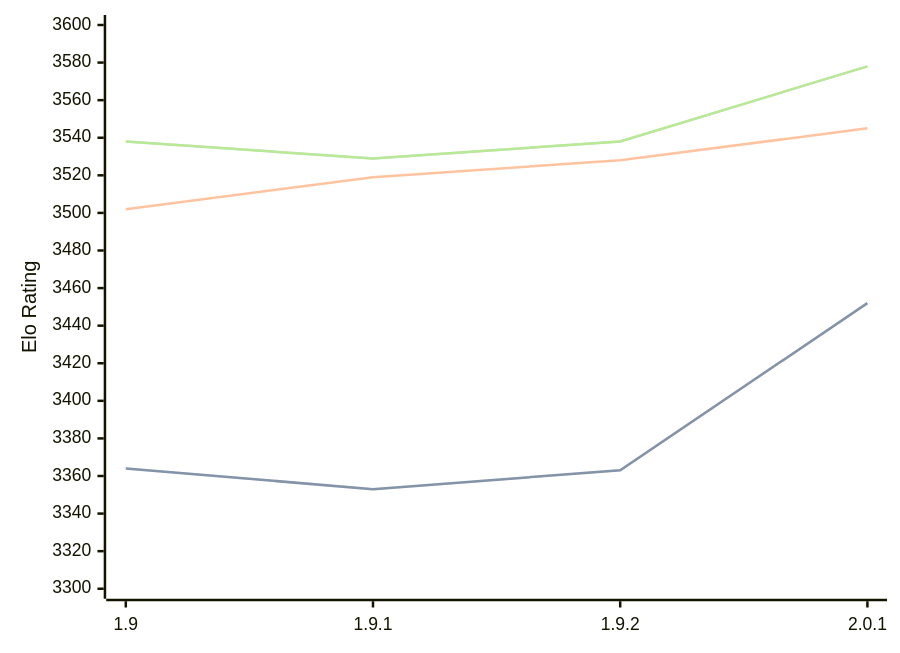
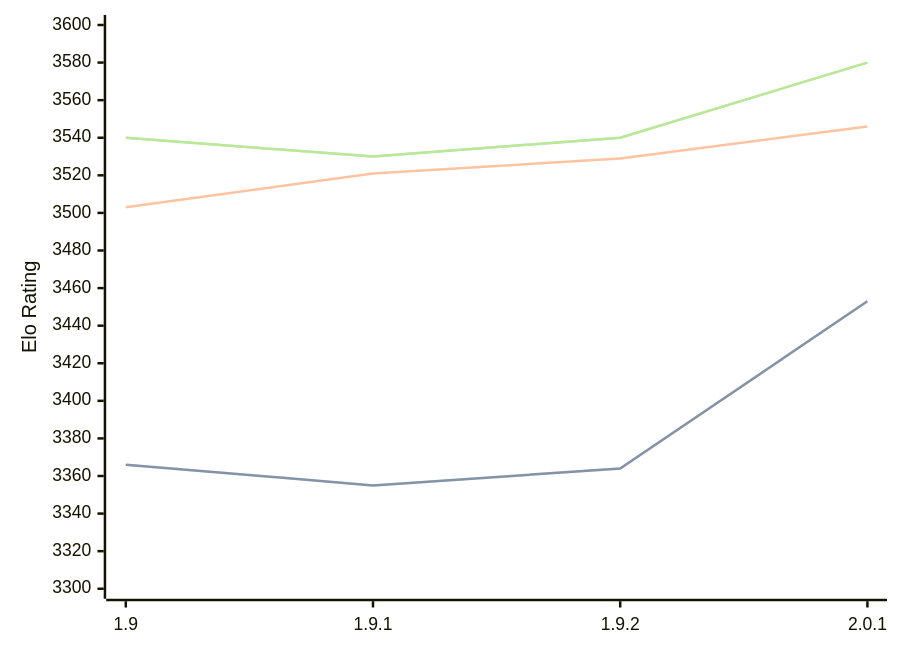
The diagram in engines/Pawnocchio.md (computer-chess-index/cci), drawn with Mermaid before and after one commit. The commit also changed other lines of this file, not shown here.

Commit message:
Update CCI Ratings (ELO VLTC) - 2026-08-15

````diff
--- a/engines/Pawnocchio.md
+++ b/engines/Pawnocchio.md
@@ -36,11 +36,11 @@
 ```mermaid
 %%{init: {"theme":"base","themeVariables":{"seriesColors:['#a3a3a3','#222221','#faa371']}}}%%
 xychart-beta
   x-axis ["1.9", "1.9.1", "1.9.2", "2.0.1"]
   y-axis "Elo Rating" 3300 --> 3600
-  line "STC (8.0+0.08s)" [3364, 3353, 3363, 3452]
-  line "STC (8.0+0.08s)" [3364, 3353, 3363, 3452]
-  line "LTC (60.0+0.60s)" [3502, 3519, 3528, 3545]
-  line "VLTC (2m24s+1.12s)" [3538, 3529, 3538, 3578]
-  line "VLTC (2m24s+1.12s)" [3538, 3529, 3538, 3578]
+  line "STC (8.0+0.08s)" [3366, 3355, 3364, 3453]
+  line "STC (8.0+0.08s)" [3366, 3355, 3364, 3453]
+  line "LTC (60.0+0.60s)" [3503, 3521, 3529, 3546]
+  line "VLTC (2m24s+1.12s)" [3540, 3530, 3540, 3580]
+  line "VLTC (2m24s+1.12s)" [3540, 3530, 3540, 3580]
 ```
````
